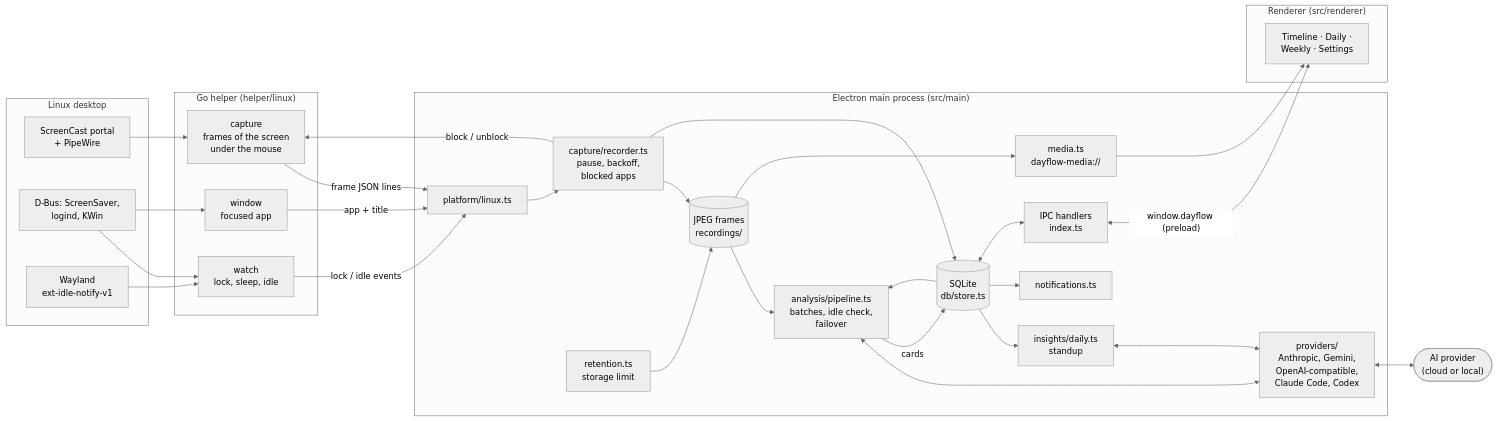
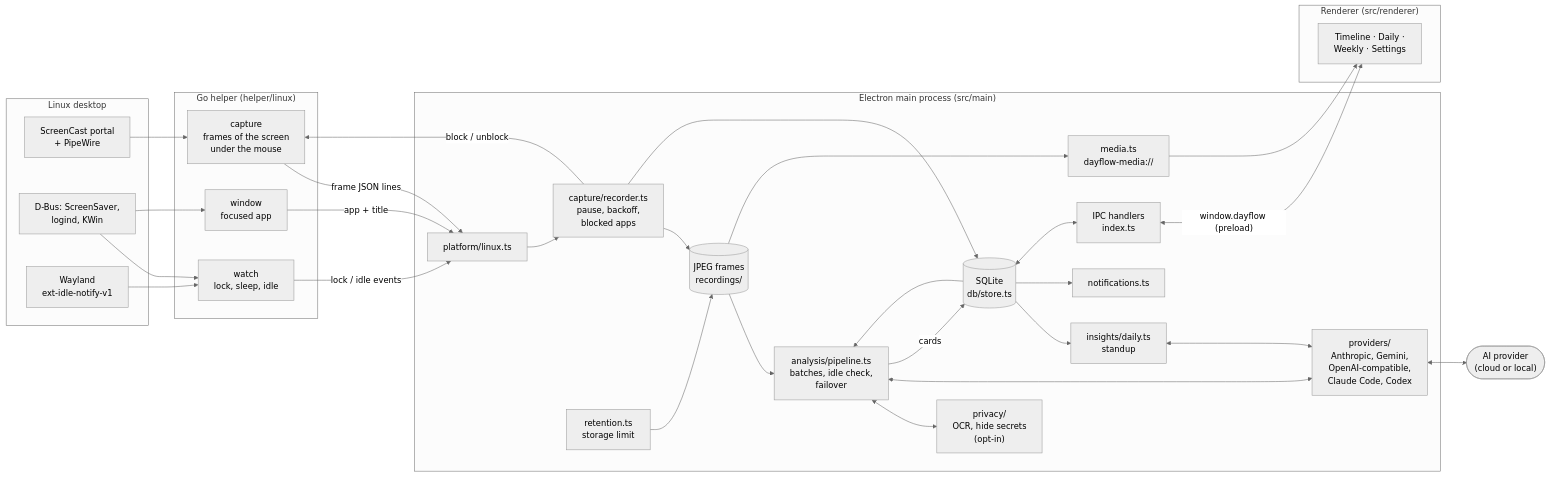
One commit to kokuwaio/dayflow-electron changed the first of 2 diagrams in docs/architecture.md. Above: the diagram before and after it, drawn with Mermaid (neutral theme). The commit also changed other lines of this file and 2 other files, not shown here.

Commit message:
docs: describe secret masking in usage, architecture and roadmap

````diff
--- a/docs/architecture.md
+++ b/docs/architecture.md
@@ -21,59 +21,61 @@
 ```mermaid
 flowchart LR
   subgraph Desktop["Linux desktop"]
     Portal["ScreenCast portal<br/>+ PipeWire"]
     DBus["D-Bus: ScreenSaver,<br/>logind, KWin"]
     Wayland["Wayland<br/>ext-idle-notify-v1"]
   end
 
   subgraph Helper["Go helper (helper/linux)"]
     Capture["capture<br/>frames of the screen<br/>under the mouse"]
     Watch["watch<br/>lock, sleep, idle"]
     Window["window<br/>focused app"]
   end
 
   subgraph Main["Electron main process (src/main)"]
     Platform["platform/linux.ts"]
     Recorder["capture/recorder.ts<br/>pause, backoff,<br/>blocked apps"]
     Store[("SQLite<br/>db/store.ts")]
     Files[("JPEG frames<br/>recordings/")]
     Pipeline["analysis/pipeline.ts<br/>batches, idle check,<br/>failover"]
     Providers["providers/<br/>Anthropic, Gemini,<br/>OpenAI-compatible,<br/>Claude Code, Codex"]
+    Privacy["privacy/<br/>OCR, hide secrets<br/>(opt-in)"]
     Insights["insights/daily.ts<br/>standup"]
     Notify["notifications.ts"]
     Retention["retention.ts<br/>storage limit"]
     Media["media.ts<br/>dayflow-media://"]
     IPC["IPC handlers<br/>index.ts"]
   end
 
   subgraph Renderer["Renderer (src/renderer)"]
     UI["Timeline · Daily ·<br/>Weekly · Settings"]
   end
 
   AI(["AI provider<br/>(cloud or local)"])
 
   Portal --> Capture
   DBus --> Watch
   Wayland --> Watch
   DBus --> Window
   Capture -- "frame JSON lines" --> Platform
   Watch -- "lock / idle events" --> Platform
   Window -- "app + title" --> Platform
   Platform --> Recorder
   Recorder -- "block / unblock" --> Capture
   Recorder --> Files
   Recorder --> Store
   Store --> Pipeline
   Files --> Pipeline
+  Pipeline <--> Privacy
   Pipeline <--> Providers
   Providers <--> AI
   Pipeline -- "cards" --> Store
   Store --> Insights
   Insights <--> Providers
   Store --> Notify
   Retention --> Files
   Store <--> IPC
   Files --> Media
   IPC <-- "window.dayflow (preload)" --> UI
   Media --> UI
 ```
````
